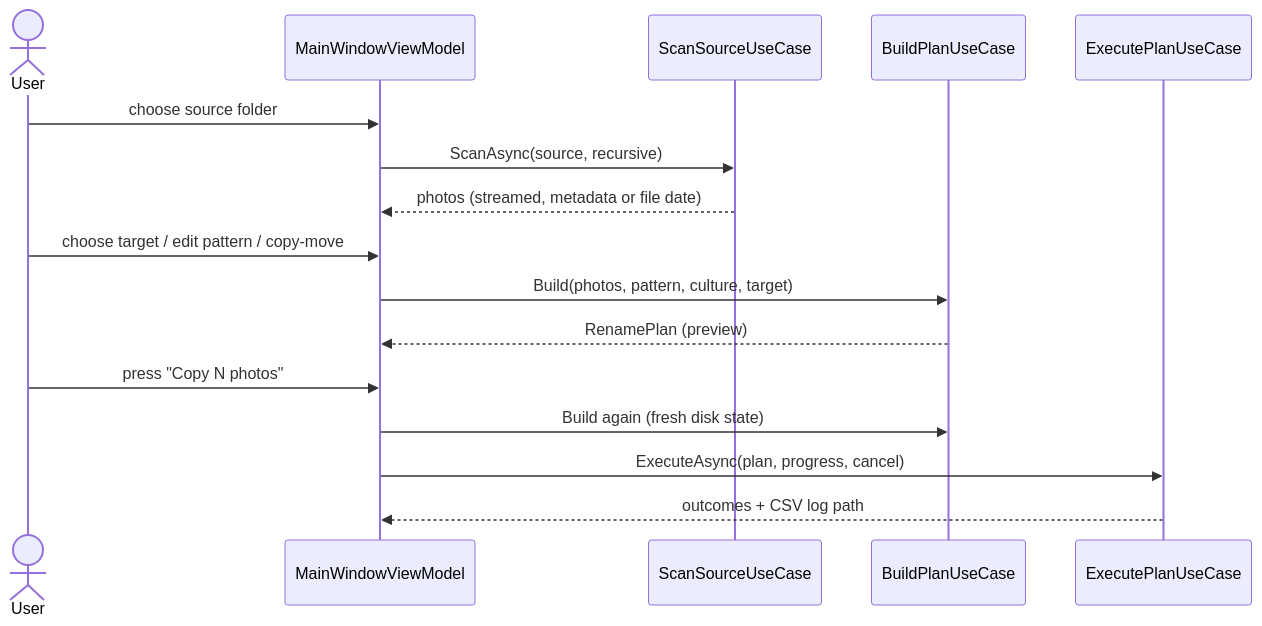
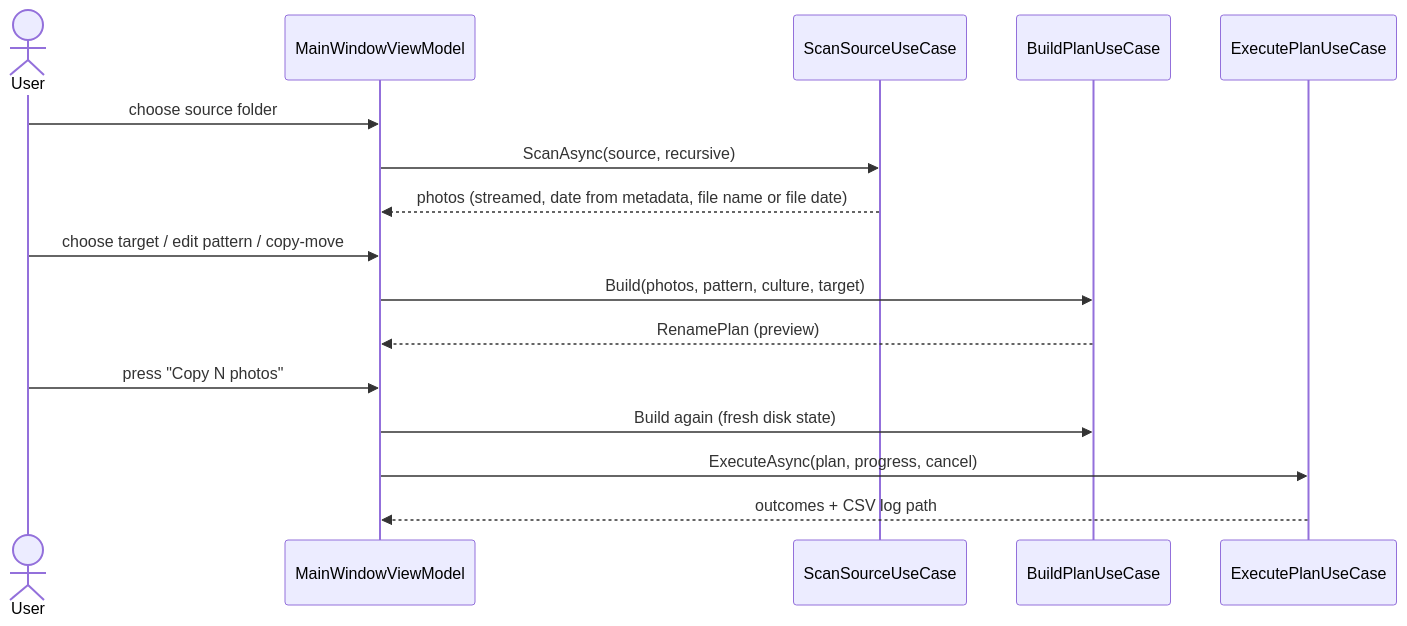
One commit to jannikjordan/snapdate changed the second of 2 diagrams in docs/architecture.md. Above: the diagram before and after it, drawn with Mermaid. The commit also changed other lines of this file and 6 other files, not shown here.

First line of the commit message:
docs: document dates from file names in guides, architecture and security

````diff
--- a/docs/architecture.md
+++ b/docs/architecture.md
@@ -52,18 +54,18 @@
 ```mermaid
 sequenceDiagram
     actor U as User
     participant VM as MainWindowViewModel
     participant Scan as ScanSourceUseCase
     participant Plan as BuildPlanUseCase
     participant Run as ExecutePlanUseCase
     U->>VM: choose source folder
     VM->>Scan: ScanAsync(source, recursive)
-    Scan-->>VM: photos (streamed, metadata or file date)
+    Scan-->>VM: photos (streamed, date from metadata, file name or file date)
     U->>VM: choose target / edit pattern / copy-move
     VM->>Plan: Build(photos, pattern, culture, target)
     Plan-->>VM: RenamePlan (preview)
     U->>VM: press "Copy N photos"
     VM->>Plan: Build again (fresh disk state)
     VM->>Run: ExecuteAsync(plan, progress, cancel)
     Run-->>VM: outcomes + CSV log path
 ```
````
